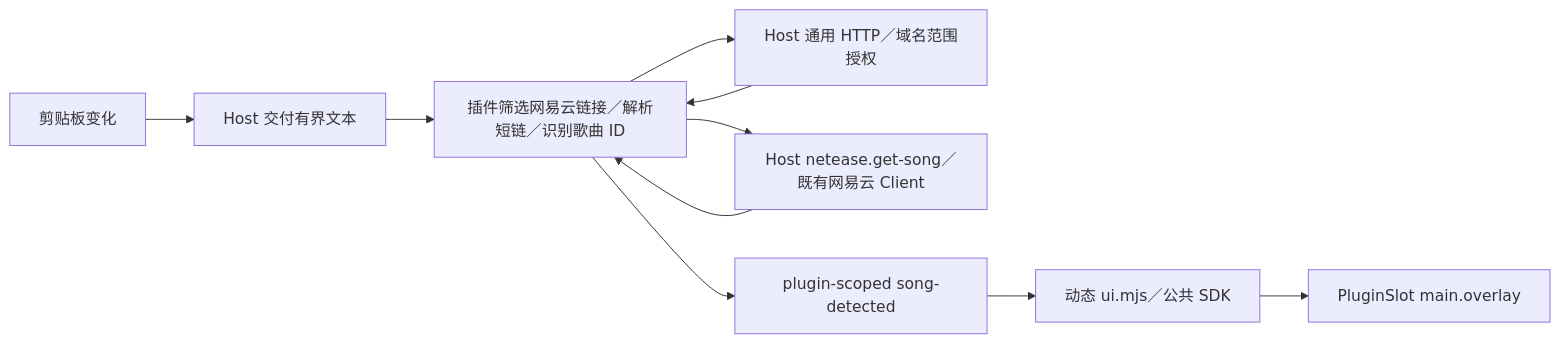
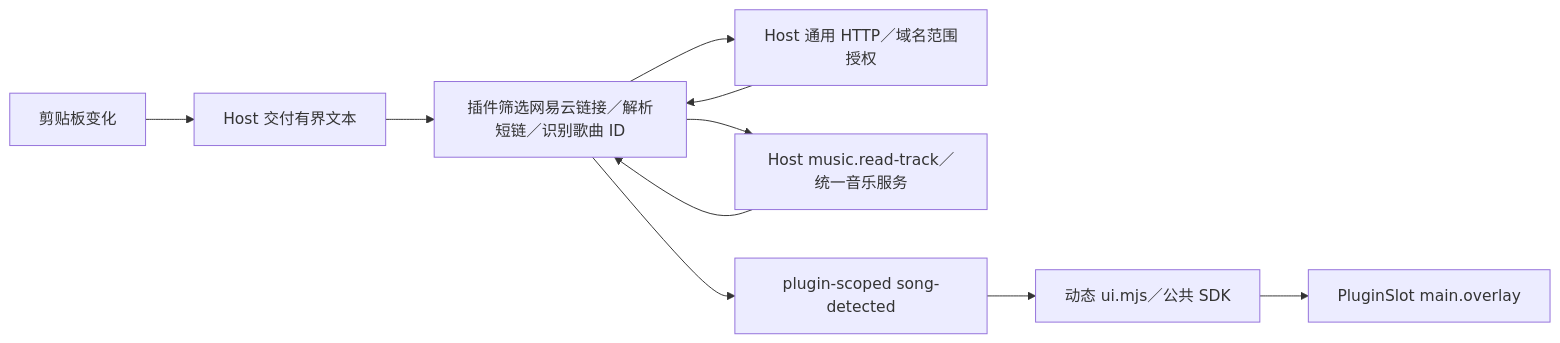
One commit to Miaoyww/Nons changed the diagram in docs/plugins.md. Above: the diagram before and after it, drawn with Mermaid. The commit also changed other lines of this file and 43 other files, not shown here.

````diff
--- a/docs/plugins.md
+++ b/docs/plugins.md
@@ -156,12 +156,12 @@
 ```mermaid
 flowchart LR
   C[剪贴板变化] --> H[Host 交付有界文本]
   H --> W[插件筛选网易云链接／解析短链／识别歌曲 ID]
   W --> R[Host 通用 HTTP／域名范围授权]
   R --> W
-  W --> N[Host netease.get-song／既有网易云 Client]
+  W --> N[Host music.read-track／统一音乐服务]
   N --> W
   W --> E[plugin-scoped song-detected]
   E --> U[动态 ui.mjs／公共 SDK]
   U --> S[PluginSlot main.overlay]
 ```
````
